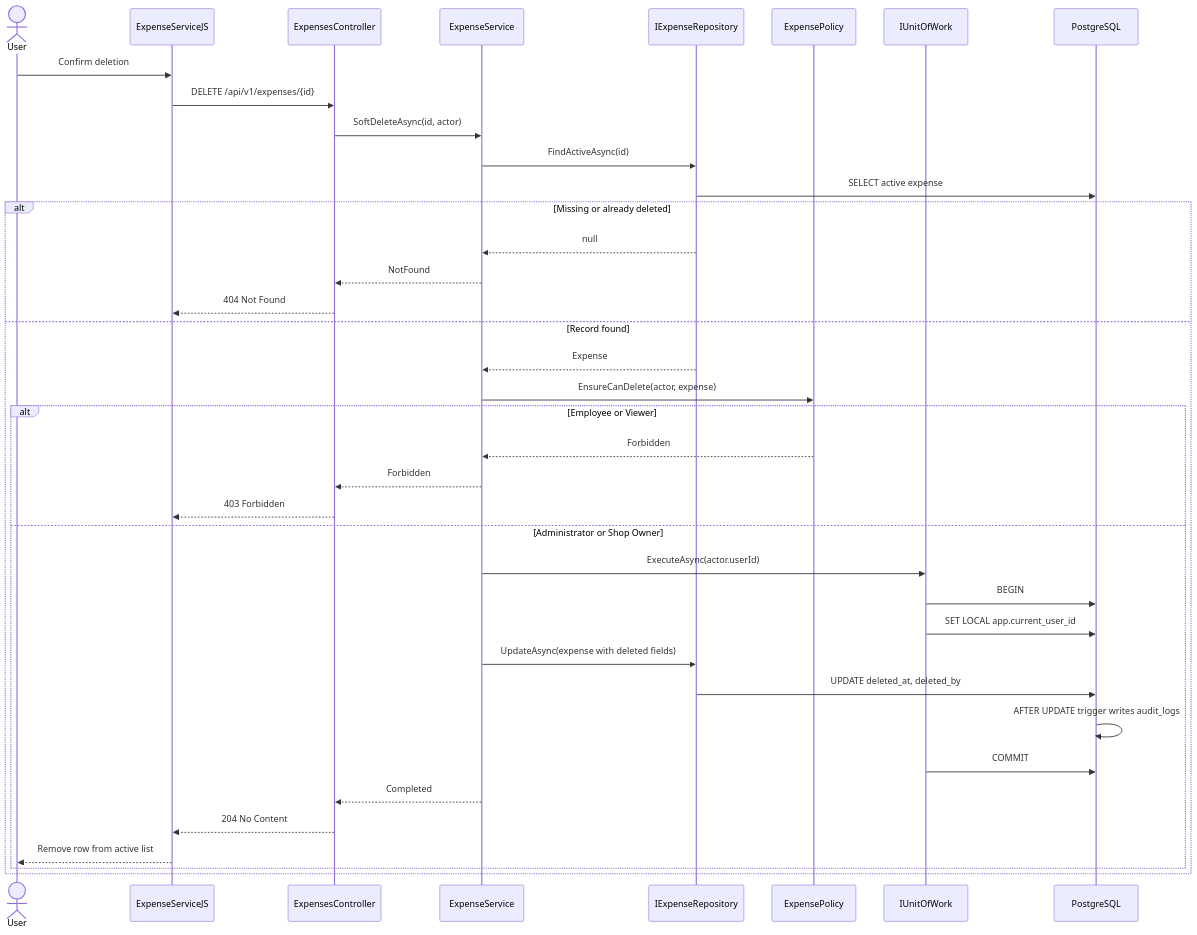
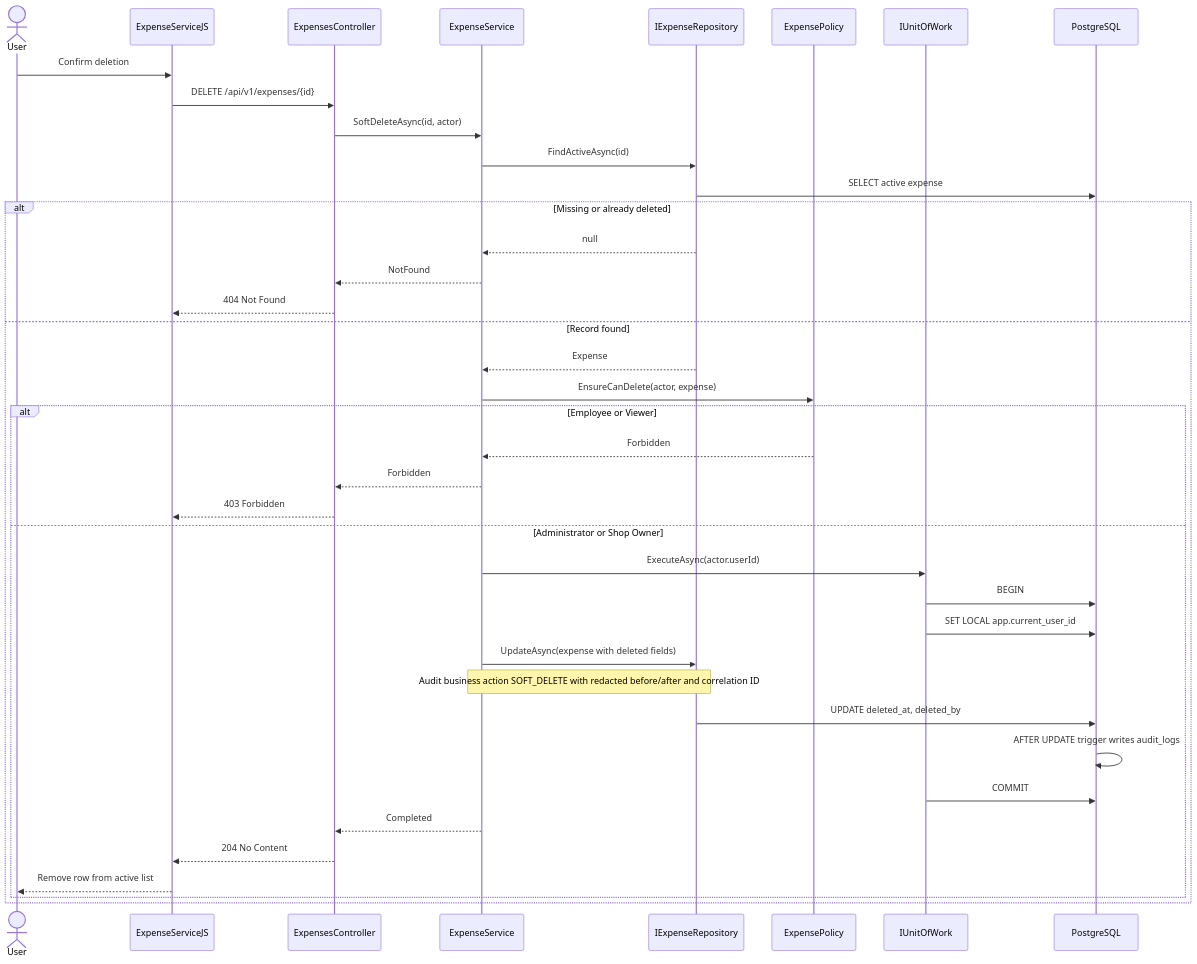
Before and after one commit to PhamHiep948/finance-manager: the fifth of 5 diagrams in docs/architecture/uml/02-sequence-diagrams.md, drawn with Mermaid. The commit also changed other lines of this file and 49 other files, not shown here.

````diff
--- a/docs/architecture/uml/02-sequence-diagrams.md
+++ b/docs/architecture/uml/02-sequence-diagrams.md
@@ -216,42 +216,43 @@
 ```mermaid
 sequenceDiagram
     actor User as User
     participant Web as ExpenseServiceJS
     participant Api as ExpensesController
     participant Service as ExpenseService
     participant Repo as IExpenseRepository
     participant Policy as ExpensePolicy
     participant Uow as IUnitOfWork
     participant Db as PostgreSQL
 
     User->>Web: Confirm deletion
     Web->>Api: DELETE /api/v1/expenses/{id}
     Api->>Service: SoftDeleteAsync(id, actor)
     Service->>Repo: FindActiveAsync(id)
     Repo->>Db: SELECT active expense
 
     alt Missing or already deleted
         Repo-->>Service: null
         Service-->>Api: NotFound
         Api-->>Web: 404 Not Found
     else Record found
         Repo-->>Service: Expense
         Service->>Policy: EnsureCanDelete(actor, expense)
         alt Employee or Viewer
             Policy-->>Service: Forbidden
             Service-->>Api: Forbidden
             Api-->>Web: 403 Forbidden
         else Administrator or Shop Owner
             Service->>Uow: ExecuteAsync(actor.userId)
             Uow->>Db: BEGIN
             Uow->>Db: SET LOCAL app.current_user_id
             Service->>Repo: UpdateAsync(expense with deleted fields)
+            Note over Service,Repo: Audit business action SOFT_DELETE with redacted before/after and correlation ID
             Repo->>Db: UPDATE deleted_at, deleted_by
             Db->>Db: AFTER UPDATE trigger writes audit_logs
             Uow->>Db: COMMIT
             Service-->>Api: Completed
             Api-->>Web: 204 No Content
             Web-->>User: Remove row from active list
         end
     end
 ```
````
